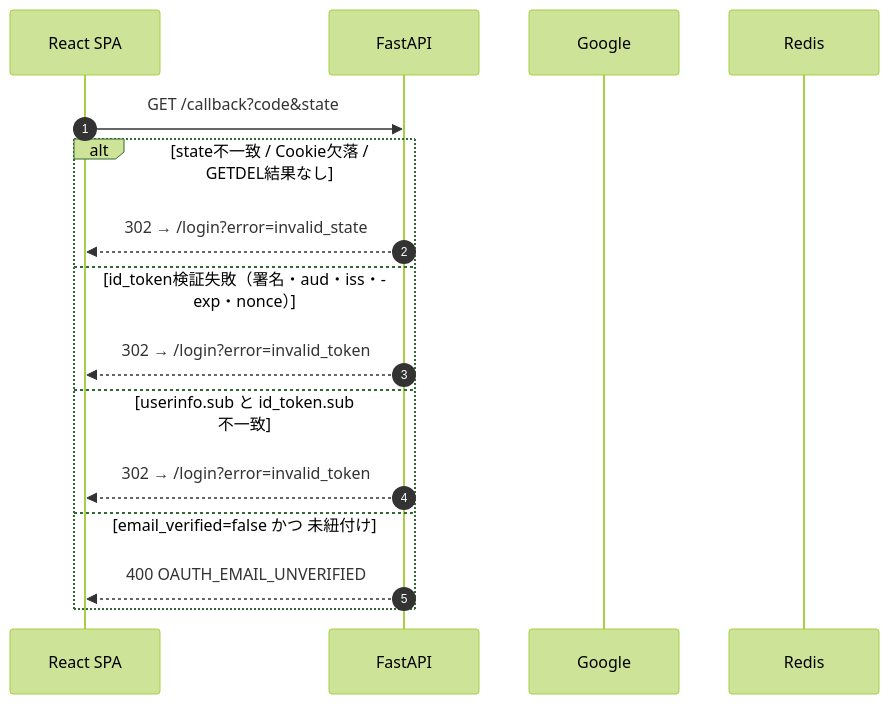
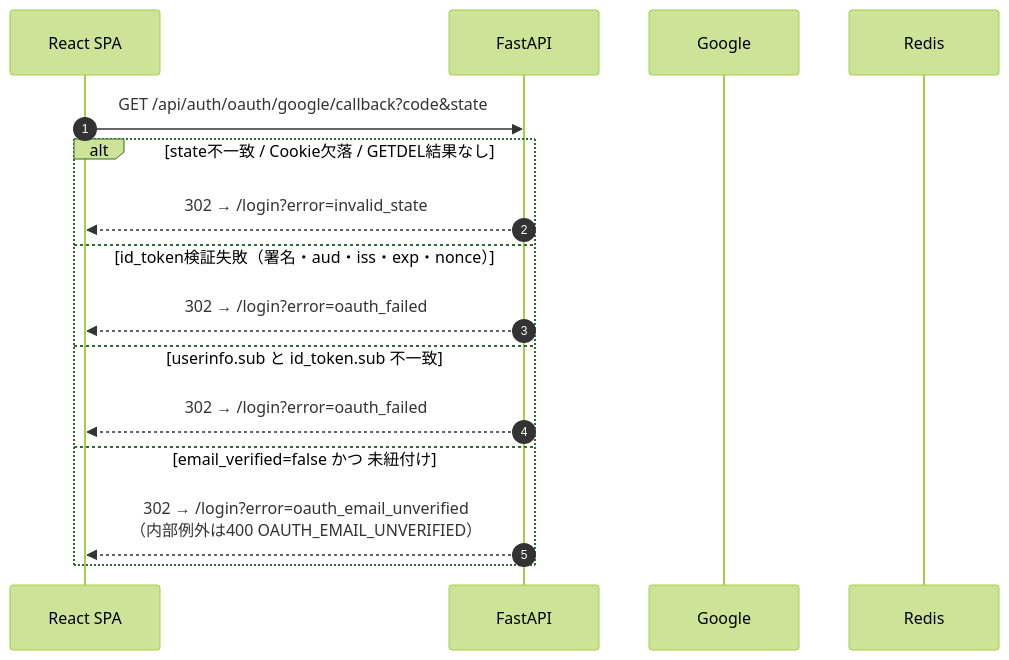
The second of 5 diagrams in docs/detailed_design/auth/04_google_oauth.md (oikawa-d/task_management), drawn with Mermaid (forest theme) before and after one commit. The commit also changed other lines of this file and 20 other files, not shown here.

First line of the commit message:
feat: [phase] Google OAuth2認証を完了 (#380)

````diff
--- a/docs/detailed_design/auth/04_google_oauth.md
+++ b/docs/detailed_design/auth/04_google_oauth.md
@@ -105,19 +105,19 @@
 ```mermaid
 sequenceDiagram
     autonumber
     participant FE as React SPA
     participant API as FastAPI
     participant G as Google
     participant RD as Redis
 
-    FE->>API: GET /callback?code&state
+    FE->>API: GET /api/auth/oauth/google/callback?code&state
     alt state不一致 / Cookie欠落 / GETDEL結果なし
         API-->>FE: 302 → /login?error=invalid_state
     else id_token検証失敗（署名・aud・iss・exp・nonce）
-        API-->>FE: 302 → /login?error=invalid_token
+        API-->>FE: 302 → /login?error=oauth_failed
     else userinfo.sub と id_token.sub 不一致
-        API-->>FE: 302 → /login?error=invalid_token
+        API-->>FE: 302 → /login?error=oauth_failed
     else email_verified=false かつ 未紐付け
-        API-->>FE: 400 OAUTH_EMAIL_UNVERIFIED
+        API-->>FE: 302 → /login?error=oauth_email_unverified<br/>（内部例外は400 OAUTH_EMAIL_UNVERIFIED）
     end
 ```
````
